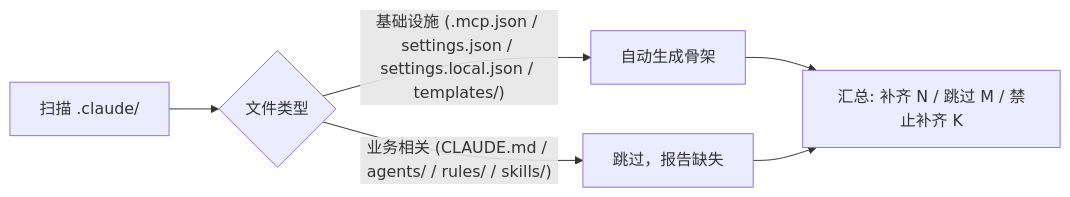
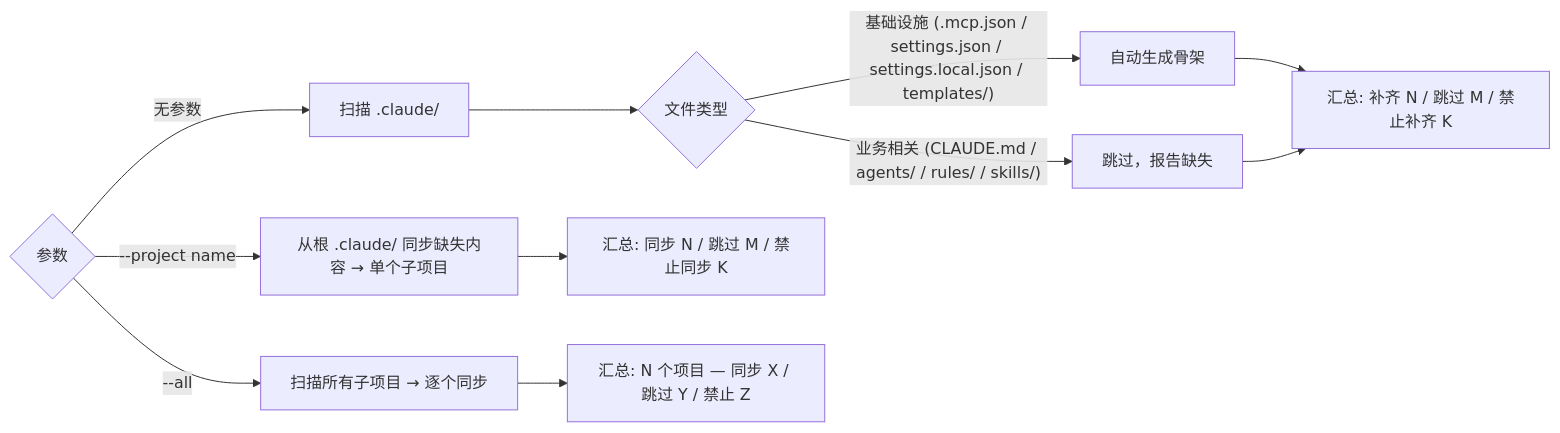
Before and after one commit to effiy/YrY: the fourth of 4 diagrams in skills/rui-claude/SKILL.md, drawn with Mermaid. The commit also changed other lines of this file and 2 other files, not shown here.

````diff
--- a/skills/rui-claude/SKILL.md
+++ b/skills/rui-claude/SKILL.md
@@ -79,7 +79,11 @@
 ```mermaid
 flowchart LR
-    CHECK["扫描 .claude/"] --> CLASSIFY{文件类型}
+    PARSE{参数} -->|无参数| CHECK["扫描 .claude/"] --> CLASSIFY{文件类型}
     CLASSIFY -->|"基础设施 (.mcp.json / settings.json / settings.local.json / templates/)"| FIX["自动生成骨架"]
     CLASSIFY -->|"业务相关 (CLAUDE.md / agents/ / rules/ / skills/)"| SKIP["跳过，报告缺失"]
     FIX & SKIP --> REPORT["汇总: 补齐 N / 跳过 M / 禁止补齐 K"]
+    PARSE -->|--project name| SYNC["从根 .claude/ 同步缺失内容 → 单个子项目"]
+    SYNC --> REPORT2["汇总: 同步 N / 跳过 M / 禁止同步 K"]
+    PARSE -->|--all| ALL["扫描所有子项目 → 逐个同步"]
+    ALL --> REPORT3["汇总: N 个项目 — 同步 X / 跳过 Y / 禁止 Z"]
 ```
````
